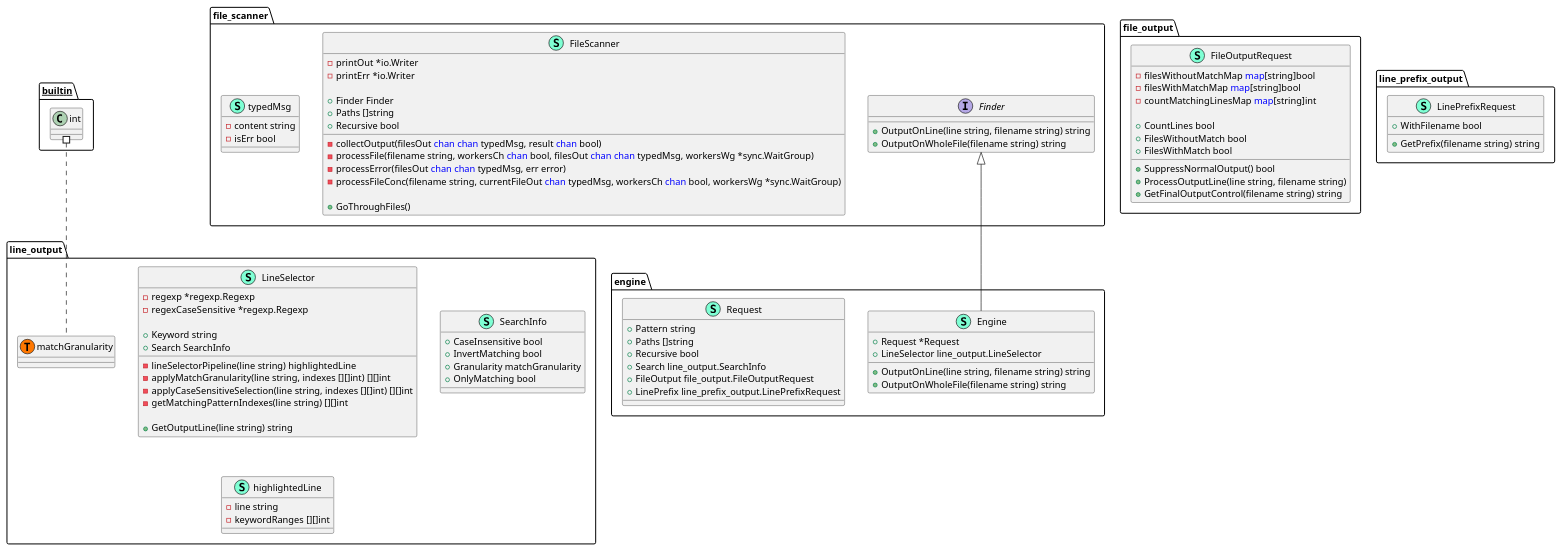
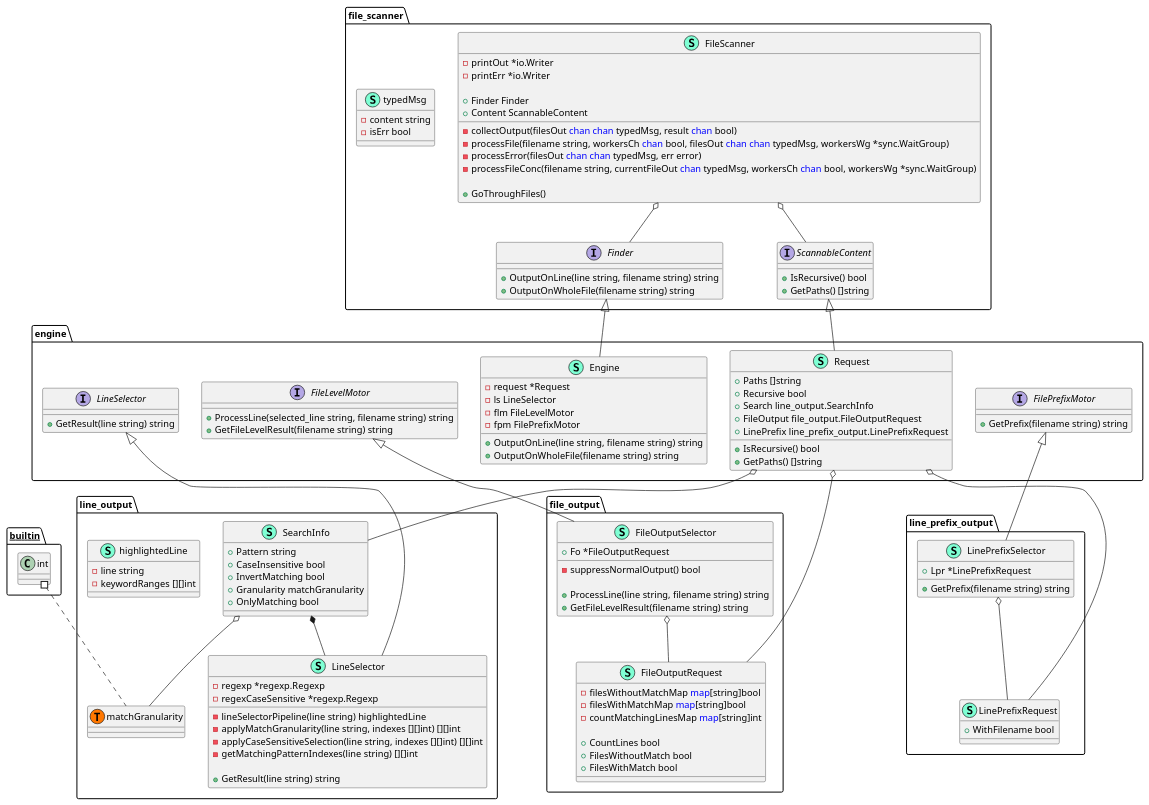
The diagram in 1_grep_like_tool/img/classdiagram.puml (cmenseau/learning_go), drawn with PlantUML before and after one commit. The commit also changed 13 other files, not shown here.

Commit message:
refactoring step 1 : adding interfaces to decouple engine and 3 components (line selector, file level motor, file prefix motor)

```diff
--- a/1_grep_like_tool/img/classdiagram.puml
+++ b/1_grep_like_tool/img/classdiagram.puml
@@ -1,116 +1,162 @@
 @startuml
 namespace engine {
     class Engine << (S,Aquamarine) >> {
-        + Request *Request
-        + LineSelector line_output.LineSelector
+        - request *Request
+        - ls LineSelector
+        - flm FileLevelMotor
+        - fpm FilePrefixMotor
 
         + OutputOnLine(line string, filename string) string
         + OutputOnWholeFile(filename string) string
 
     }
+    interface FileLevelMotor  {
+        + ProcessLine(selected_line string, filename string) string
+        + GetFileLevelResult(filename string) string
+
+    }
+    interface FilePrefixMotor  {
+        + GetPrefix(filename string) string
+
+    }
+    interface LineSelector  {
+        + GetResult(line string) string
+
+    }
     class Request << (S,Aquamarine) >> {
-        + Pattern string
         + Paths []string
         + Recursive bool
         + Search line_output.SearchInfo
         + FileOutput file_output.FileOutputRequest
         + LinePrefix line_prefix_output.LinePrefixRequest
 
+        + IsRecursive() bool
+        + GetPaths() []string
+
     }
 }
 
 "file_scanner.Finder" <|-- "engine.Engine"
+"file_scanner.ScannableContent" <|-- "engine.Request"
+
+"engine.Request" o-- "file_output.FileOutputRequest"
+"engine.Request" o-- "line_output.SearchInfo"
+"engine.Request" o-- "line_prefix_output.LinePrefixRequest"
 
 namespace file_output {
     class FileOutputRequest << (S,Aquamarine) >> {
         - filesWithoutMatchMap <font color=blue>map</font>[string]bool
         - filesWithMatchMap <font color=blue>map</font>[string]bool
         - countMatchingLinesMap <font color=blue>map</font>[string]int
 
         + CountLines bool
         + FilesWithoutMatch bool
         + FilesWithMatch bool
 
-        + SuppressNormalOutput() bool
-        + ProcessOutputLine(line string, filename string) 
-        + GetFinalOutputControl(filename string) string
+    }
+    class FileOutputSelector << (S,Aquamarine) >> {
+        + Fo *FileOutputRequest
+
+        - suppressNormalOutput() bool
+
+        + ProcessLine(line string, filename string) string
+        + GetFileLevelResult(filename string) string
 
     }
 }
 
+"engine.FileLevelMotor" <|-- "file_output.FileOutputSelector"
+
+"file_output.FileOutputSelector" o-- "file_output.FileOutputRequest"
 
 namespace file_scanner {
     class FileScanner << (S,Aquamarine) >> {
         - printOut *io.Writer
         - printErr *io.Writer
 
         + Finder Finder
-        + Paths []string
-        + Recursive bool
+        + Content ScannableContent
 
         - collectOutput(filesOut <font color=blue>chan</font> <font color=blue>chan</font> typedMsg, result <font color=blue>chan</font> bool) 
         - processFile(filename string, workersCh <font color=blue>chan</font> bool, filesOut <font color=blue>chan</font> <font color=blue>chan</font> typedMsg, workersWg *sync.WaitGroup) 
         - processError(filesOut <font color=blue>chan</font> <font color=blue>chan</font> typedMsg, err error) 
         - processFileConc(filename string, currentFileOut <font color=blue>chan</font> typedMsg, workersCh <font color=blue>chan</font> bool, workersWg *sync.WaitGroup) 
 
         + GoThroughFiles() 
 
     }
     interface Finder  {
         + OutputOnLine(line string, filename string) string
         + OutputOnWholeFile(filename string) string
 
     }
+    interface ScannableContent  {
+        + IsRecursive() bool
+        + GetPaths() []string
+
+    }
     class typedMsg << (S,Aquamarine) >> {
         - content string
         - isErr bool
 
     }
 }
 
 
+"file_scanner.FileScanner" o-- "file_scanner.Finder"
+"file_scanner.FileScanner" o-- "file_scanner.ScannableContent"
+
 namespace line_output {
     class LineSelector << (S,Aquamarine) >> {
         - regexp *regexp.Regexp
         - regexCaseSensitive *regexp.Regexp
-
-        + Keyword string
-        + Search SearchInfo
 
         - lineSelectorPipeline(line string) highlightedLine
         - applyMatchGranularity(line string, indexes [][]int) [][]int
         - applyCaseSensitiveSelection(line string, indexes [][]int) [][]int
         - getMatchingPatternIndexes(line string) [][]int
 
-        + GetOutputLine(line string) string
+        + GetResult(line string) string
 
     }
     class SearchInfo << (S,Aquamarine) >> {
+        + Pattern string
         + CaseInsensitive bool
         + InvertMatching bool
         + Granularity matchGranularity
         + OnlyMatching bool
 
     }
     class highlightedLine << (S,Aquamarine) >> {
         - line string
         - keywordRanges [][]int
 
     }
     class line_output.matchGranularity << (T, #FF7700) >>  {
     }
 }
+"line_output.SearchInfo" *-- "line_output.LineSelector"
 
+"engine.LineSelector" <|-- "line_output.LineSelector"
+
+"line_output.SearchInfo" o-- "line_output.matchGranularity"
 
 namespace line_prefix_output {
     class LinePrefixRequest << (S,Aquamarine) >> {
         + WithFilename bool
+
+    }
+    class LinePrefixSelector << (S,Aquamarine) >> {
+        + Lpr *LinePrefixRequest
 
         + GetPrefix(filename string) string
 
     }
 }
 
+"engine.FilePrefixMotor" <|-- "line_prefix_output.LinePrefixSelector"
+
+"line_prefix_output.LinePrefixSelector" o-- "line_prefix_output.LinePrefixRequest"
 
 "__builtin__.int" #.. "line_output.matchGranularity"
 @enduml
```
